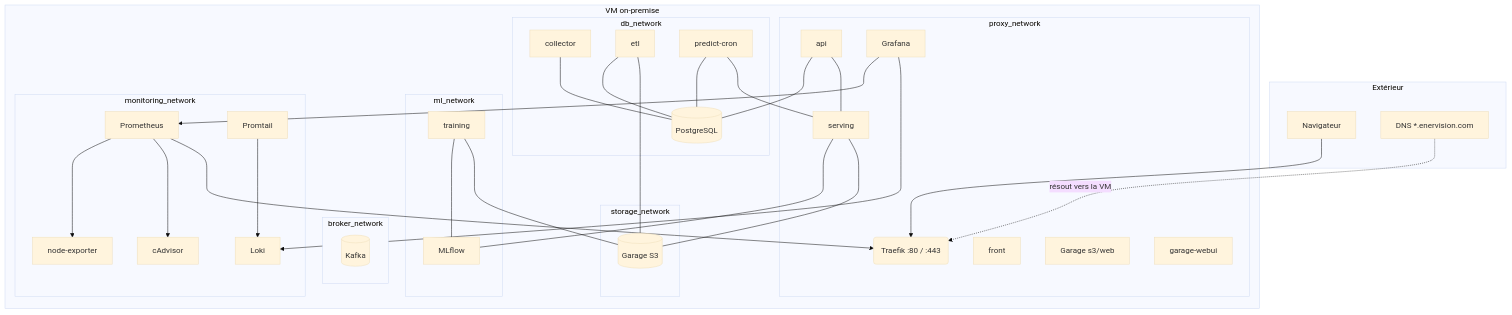
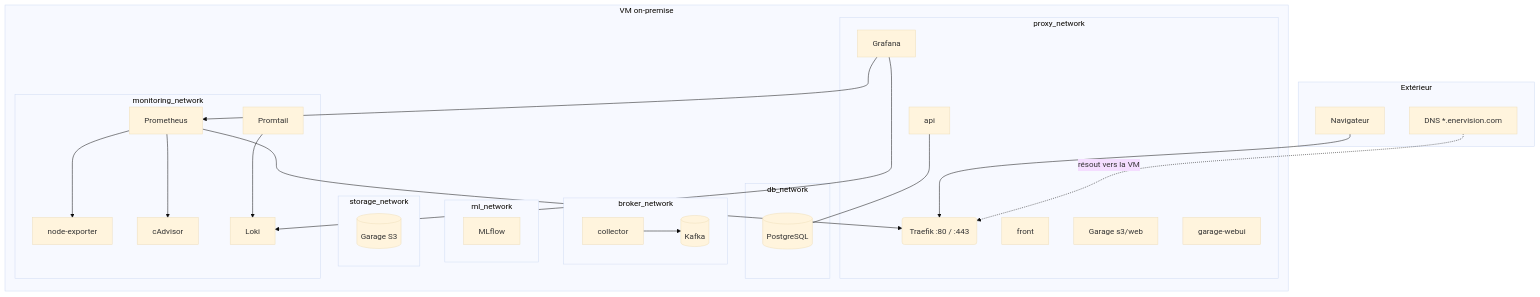
The diagram in docs/content/architecture/index.md (EnerVision-G5/infra), drawn with Mermaid (base theme) before and after one commit. The commit also changed other lines of this file and 44 other files, not shown here.

````diff
--- a/docs/content/architecture/index.md
+++ b/docs/content/architecture/index.md
@@ -33,57 +33,48 @@
 ```mermaid
 flowchart TB
     subgraph ext[Extérieur]
         U[Navigateur]
         DNS[DNS *.enervision.com]
     end
     U --> T
 
     subgraph vm[VM on-premise]
         T(Traefik :80 / :443)
 
         subgraph proxy[proxy_network]
             T
             F[front]
             A[api]
-            S[serving]
             GW[Garage s3/web]
             GUI[garage-webui]
             GR[Grafana]
         end
 
         subgraph db[db_network]
             A --- DB[(PostgreSQL)]
-            C[collector] --- DB
-            E[etl] --- DB
-            PC[predict-cron] --- DB
+        end
+
+        subgraph broker[broker_network]
+            C[collector] --> K[(Kafka)]
         end
 
         subgraph ml[ml_network]
-            A --- S
-            S --- MLF[MLflow]
-            PC --- S
-            TRN[training] --- MLF
-        end
-
-        subgraph broker[broker_network]
-            K[(Kafka)]
+            MLF[MLflow]
         end
 
         subgraph storage[storage_network]
-            S --- GA[(Garage S3)]
-            E --- GA
-            TRN --- GA
+            GA[(Garage S3)]
         end
 
         subgraph mon[monitoring_network]
             PR[Prometheus] --> NE[node-exporter]
             PR --> CA[cAdvisor]
             PR --> T
             PT[Promtail] --> LO[Loki]
             GR --> PR
             GR --> LO
         end
     end
 
     DNS -.résout vers la VM.-> T
 ```
````
